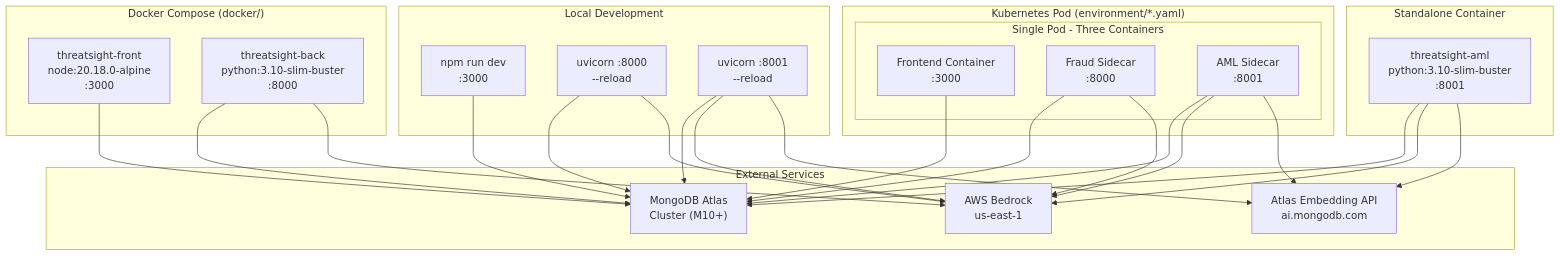
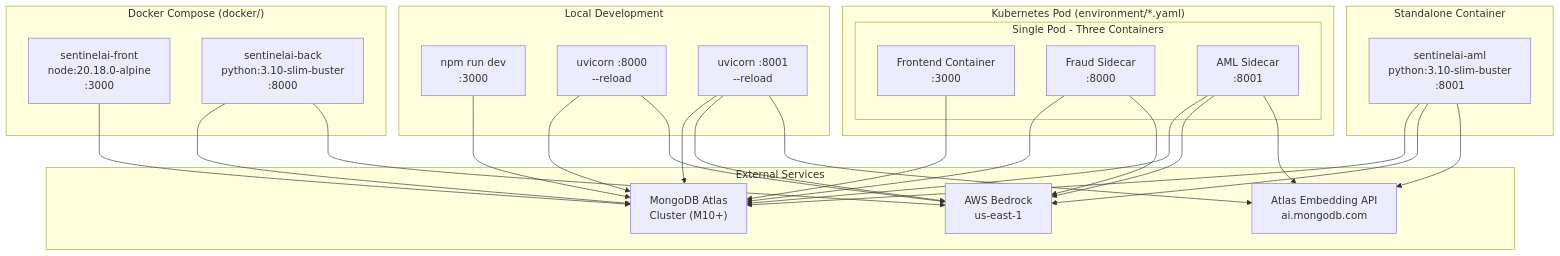
Before and after one commit to karthik-C0des/sentinel-ai-imp: the fifth of 6 diagrams in docs/SOLUTION_ARCHITECTURE.md, drawn with Mermaid. The commit also changed other lines of this file and 143 other files, not shown here.

````diff
--- a/docs/SOLUTION_ARCHITECTURE.md
+++ b/docs/SOLUTION_ARCHITECTURE.md
@@ -402,53 +402,53 @@
 ```mermaid
 flowchart TB
     subgraph Internet["External Services"]
         MongoAtlas["MongoDB Atlas<br/>Cluster (M10+)"]
         AWSBedrock["AWS Bedrock<br/>us-east-1"]
         AtlasEmbed["Atlas Embedding API<br/>ai.mongodb.com"]
     end
 
     subgraph LocalDev["Local Development"]
         FrontendDev["npm run dev<br/>:3000"]
         FraudDev["uvicorn :8000<br/>--reload"]
         AMLDev["uvicorn :8001<br/>--reload"]
     end
 
     subgraph DockerCompose["Docker Compose (docker/)"]
-        FrontendContainer["threatsight-front<br/>node:20.18.0-alpine<br/>:3000"]
-        FraudContainer["threatsight-back<br/>python:3.10-slim-buster<br/>:8000"]
+        FrontendContainer["sentinelai-front<br/>node:20.18.0-alpine<br/>:3000"]
+        FraudContainer["sentinelai-back<br/>python:3.10-slim-buster<br/>:8000"]
     end
 
     subgraph StandaloneDocker["Standalone Container"]
-        AMLContainer["threatsight-aml<br/>python:3.10-slim-buster<br/>:8001"]
+        AMLContainer["sentinelai-aml<br/>python:3.10-slim-buster<br/>:8001"]
     end
 
     subgraph KubernetesPod["Kubernetes Pod (environment/*.yaml)"]
         subgraph UnifiedPod["Single Pod - Three Containers"]
             K8sFrontend["Frontend Container<br/>:3000"]
             K8sFraud["Fraud Sidecar<br/>:8000"]
             K8sAML["AML Sidecar<br/>:8001"]
         end
     end
 
     FrontendDev --> MongoAtlas
     FraudDev --> MongoAtlas
     FraudDev --> AWSBedrock
     AMLDev --> MongoAtlas
     AMLDev --> AWSBedrock
     AMLDev --> AtlasEmbed
 
     FrontendContainer --> MongoAtlas
     FraudContainer --> MongoAtlas
     FraudContainer --> AWSBedrock
 
     AMLContainer --> MongoAtlas
     AMLContainer --> AWSBedrock
     AMLContainer --> AtlasEmbed
 
     K8sFrontend --> MongoAtlas
     K8sFraud --> MongoAtlas
     K8sFraud --> AWSBedrock
     K8sAML --> MongoAtlas
     K8sAML --> AWSBedrock
     K8sAML --> AtlasEmbed
 ```
````
